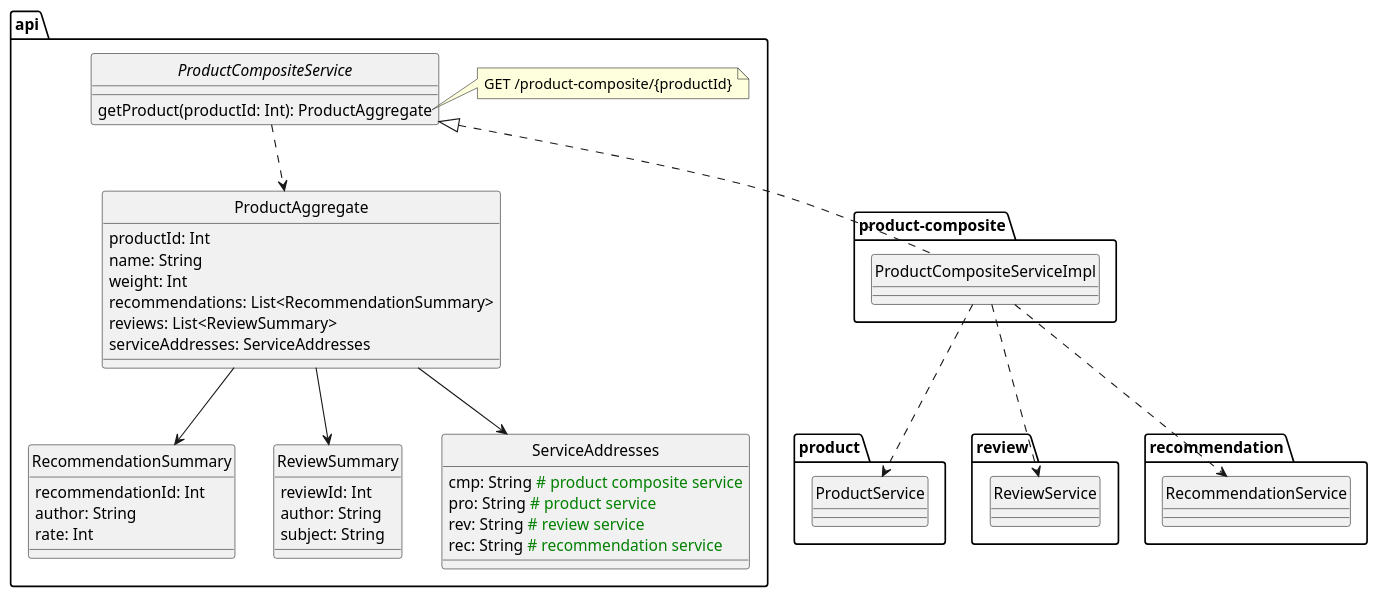
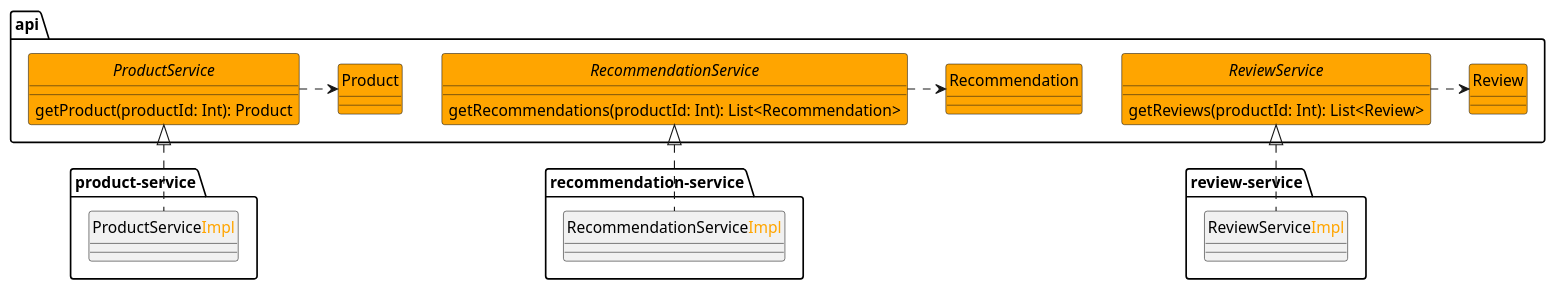
Before and after one commit to teddyprogramming/teddyprogramming.github.io: the sixth of 7 diagrams in docs/kata/Microservices with Spring Boot 3 and Spring Cloud - Third Edition/3 Creating a Set of Cooperating Microservices.md, drawn with PlantUML. The commit also changed other lines of this file, not shown here.

````diff
--- a/docs/kata/Microservices with Spring Boot 3 and Spring Cloud - Third Edition/3 Creating a Set of Cooperating Microservices.md
+++ b/docs/kata/Microservices with Spring Boot 3 and Spring Cloud - Third Edition/3 Creating a Set of Cooperating Microservices.md
@@ -483,66 +500,37 @@
 ```plantuml
 hide circle
 
 package api {
-    interface ProductCompositeService {
-        getProduct(productId: Int): ProductAggregate
+    interface ProductService #orange {
+        getProduct(productId: Int): Product
     }
-    note right of ProductCompositeService::ProductAggregate
-    GET /product-composite/{productId}
-    end note
-
-    class ProductAggregate {
-        productId: Int
-        name: String
-        weight: Int
-        recommendations: List<RecommendationSummary>
-        reviews: List<ReviewSummary>
-        serviceAddresses: ServiceAddresses
+    interface RecommendationService #orange {
+        getRecommendations(productId: Int): List<Recommendation>
+    }
+    interface ReviewService #orange {
+        getReviews(productId: Int): List<Review>
     }
 
-    class RecommendationSummary {
-        recommendationId: Int
-        author: String
-        rate: Int
-    }
+    class Product #orange
+    class Recommendation #orange
+    class Review #orange
 
-    class ReviewSummary {
-        reviewId: Int
-        author: String
-        subject: String
-    }
-
-    class ServiceAddresses {
-        cmp: String <font color=green># product composite service</font>
-        pro: String <font color=green># product service</font>
-        rev: String <font color=green># review service</font>
-        rec: String <font color=green># recommendation service</font>
-    }
-
-    ProductCompositeService ..> ProductAggregate
-    ProductAggregate --> RecommendationSummary
-    ProductAggregate --> ReviewSummary
-    ProductAggregate --> ServiceAddresses
+    ProductService .> Product
+    RecommendationService .> Recommendation
+    ReviewService .> Review
 }
 
-package product-composite {
-    class ProductCompositeServiceImpl
+package product-service {
+    class "ProductService<font color=orange>Impl</font>" as ProductServiceImpl
+}
+package recommendation-service {
+    class "RecommendationService<font color=orange>Impl</font>" as RecommendationServiceImpl
+}
+package review-service {
+    class "ReviewService<font color=orange>Impl</font>" as ReviewServiceImpl
 }
 
-package product {
-    class ProductService
-}
-
-package review {
-    class ReviewService
-}
-
-package recommendation {
-    class RecommendationService
-}
-
-ProductCompositeService <|.. ProductCompositeServiceImpl
-ProductCompositeServiceImpl ..> ProductService
-ProductCompositeServiceImpl ..> ReviewService
-ProductCompositeServiceImpl ..> RecommendationService
+ProductService <|.. ProductServiceImpl
+RecommendationService <|.. RecommendationServiceImpl
+ReviewService <|.. ReviewServiceImpl
 ```
````
